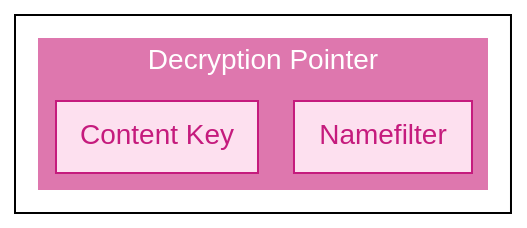
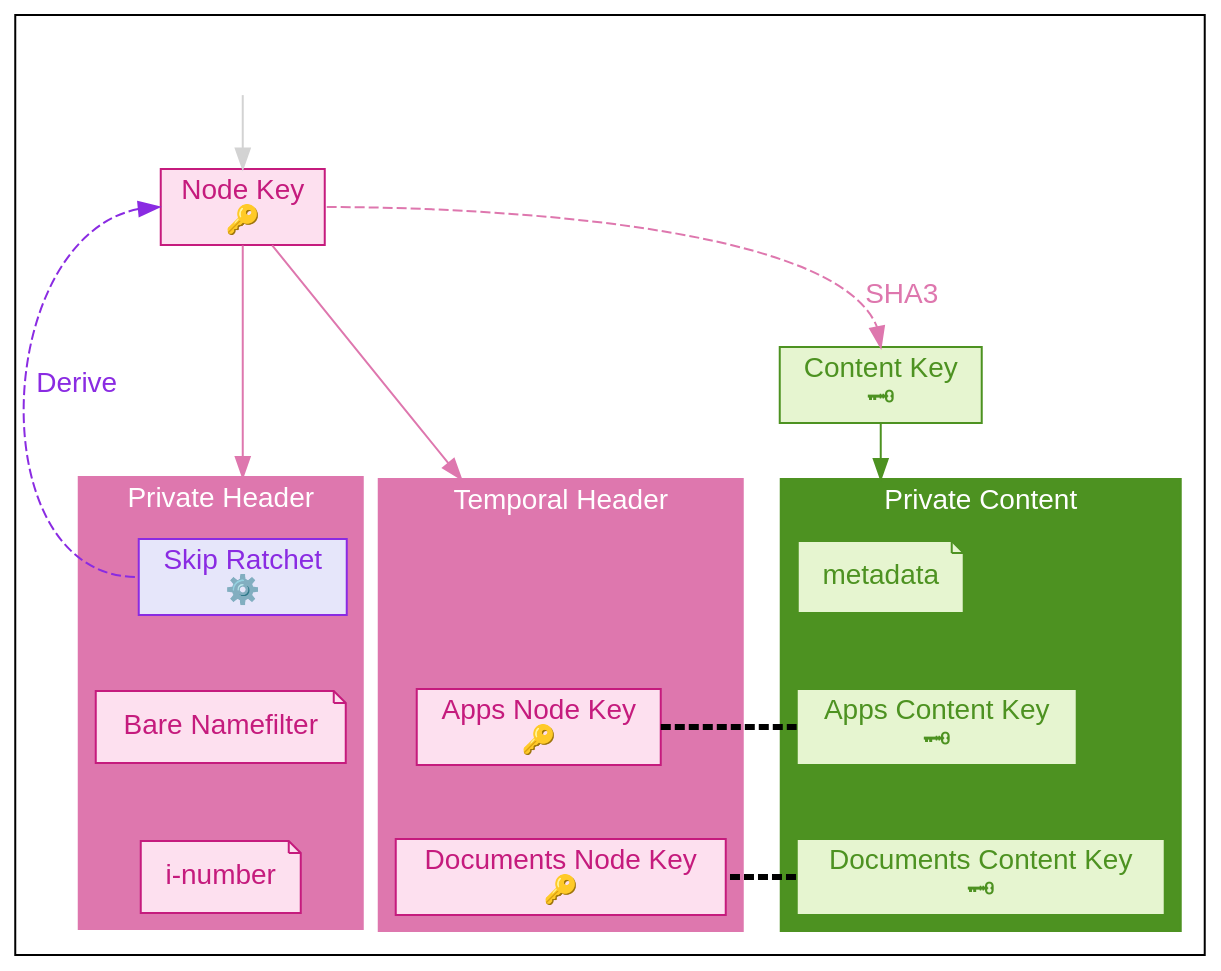
The diagram in spec/diagrams/node_key_layout.dot (wnfs-wg/spec), drawn with Graphviz before and after one commit. The commit also changed other lines of this file and 1 other file, not shown here.

```diff
--- a/spec/diagrams/node_key_layout.dot
+++ b/spec/diagrams/node_key_layout.dot
@@ -1,44 +1,135 @@
 digraph G {
     #########
     # SETUP #
     #########
 
     compound = true
     fontname = "Helvetica"
 
     edge [
         colorscheme = "piyg11"
         color = black
         fontname = "Helvetica"
     ];
 
     node [
         shape = box
         colorscheme = "piyg11"
         style = filled
         fillcolor = 5
         color = black
         fontname = "Helvetica"
         color=2
         fontcolor=2
     ];
 
     graph [
         colorscheme="piyg11"
         color=10
         style = filled
         fontcolor=white
     ];
 
+    ##############
+    # FREE NODES #
+    ##############
+
+    invis_parent [style = invis]
+    node_key [label = "Node Key\n🔑" color = 2  fontcolor = 2]
+    content_key [label = "Content Key\n🗝" color=10 fontcolor = 10 fillcolor=7]
+
     ############
     # CLUSTERS #
     ############
 
-    subgraph cluster_decryption_pointer {
-        label = "Decryption Pointer"
+    subgraph cluster_private_header {
+        label = "Private Header"
         color=3
 
-        namefilter [label = "Namefilter"]
-        content_key [label = "Content Key"]
+        skip_ratchet [label = "Skip Ratchet\n⚙️" color = blueviolet fontcolor = blueviolet fillcolor=lavender]
+        bare_nf [label = "Bare Namefilter" shape = note]
+        i_number [label = "i-number" shape = note]
+
+        skip_ratchet -> bare_nf -> i_number [style=invis]
     }
+
+    subgraph cluster_temporal_header {
+        label = "Temporal Header"
+        color = 3
+
+        apps_header_key [label = "Apps Node Key\n🔑"]
+        docs_header_key [label = "Documents Node Key\n🔑"]
+        invis_header [style = invis]
+
+        invis_header -> apps_header_key -> docs_header_key  [style=invis]
+    }
+
+    subgraph cluster_private_content {
+        label = "Private Content"
+
+        node [
+            color=10
+            fontcolor=10
+            fillcolor=7
+        ]
+
+        metadata [shape = note]
+
+        apps_content_key [label="Apps Content Key\n🗝"]
+        docs_content_key [label="Documents Content Key\n🗝"]
+
+        metadata -> apps_content_key -> docs_content_key [style=invis];
+    }
+
+    #########
+    # EDGES #
+    #########
+
+    node_key:e -> content_key:n [
+        label = "SHA3"
+        style = dashed
+        color = 3
+        fontcolor = 3
+        weight = 0.5
+    ]
+
+    node_key:w -> skip_ratchet:w [
+        dir = back
+        style = dashed
+        label = "Derive"
+        color = blueviolet
+        fontcolor = blueviolet
+    ]
+
+    invis_parent -> node_key [color = lightgray weight = 10]
+    content_key:s -> metadata [
+        lhead = cluster_private_content
+        color = 10
+        weight = 18
+    ]
+
+    node_key -> skip_ratchet [lhead = cluster_private_header color = 3 weight=10]
+    node_key -> invis_header [lhead = cluster_temporal_header color = 3]
+
+    apps_header_key -> apps_content_key [
+        penwidth = 3
+        arrowtail = none
+        dir = back
+        style = dashed
+    ]
+
+    docs_content_key -> docs_header_key [
+        penwidth = 3
+        arrowhead = none
+        style = dashed
+    ]
+
+    ################
+    # LAYOUT HACKS #
+    ################
+
+    content_key:s -> invis_header:n [lhead=cluster_temporal_header style=invis]
+    content_key:s -> skip_ratchet:n [lhead=cluster_temporal_header style=invis]
+    skip_ratchet -> apps_header_key [lhead=cluster_private_header style=invis]
+    apps_header_key -> skip_ratchet [style=invis]
 }
```
